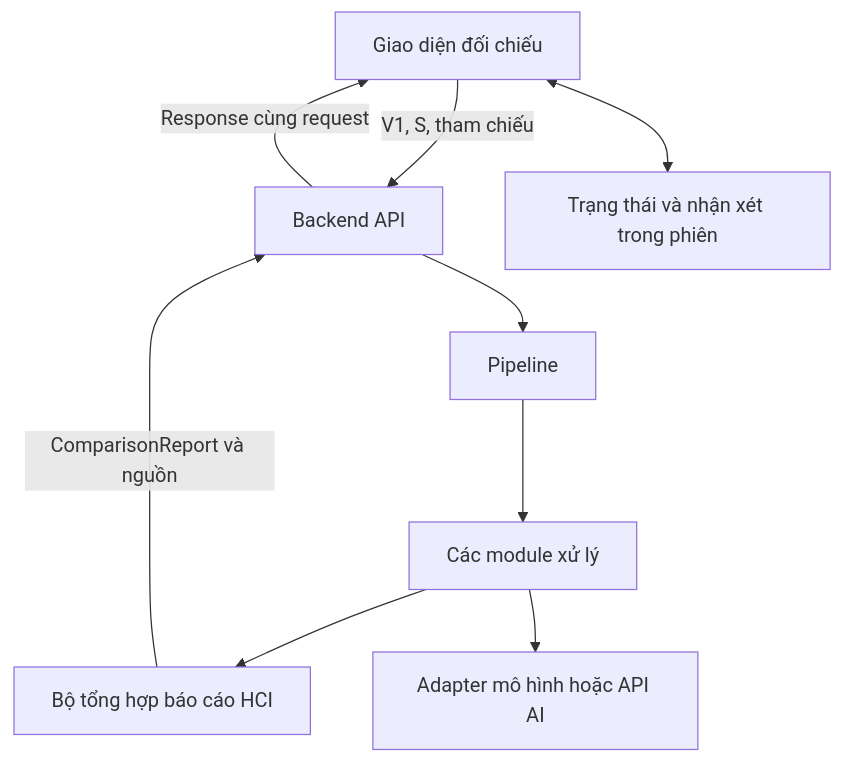
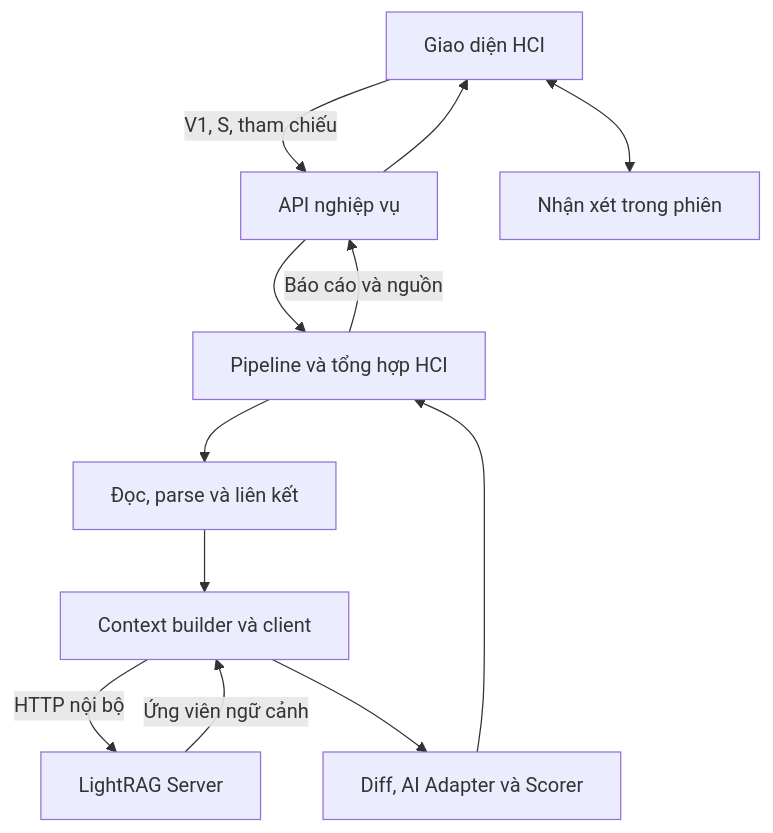
The diagram in docs/architecture.md (BACHCONGDUNG/legal-document-review-hitl), drawn with Mermaid before and after one commit. The commit also changed other lines of this file and 8 other files, not shown here.

````diff
--- a/docs/architecture.md
+++ b/docs/architecture.md
@@ -29,11 +31,14 @@
 ```mermaid
 flowchart TD
-    UI["Giao diện đối chiếu"] -->|"V1, S, tham chiếu"| API["Backend API"]
-    API --> PIPE["Pipeline"]
-    PIPE --> CORE["Các module xử lý"]
-    CORE --> REPORT["Bộ tổng hợp báo cáo HCI"]
-    REPORT -->|"ComparisonReport và nguồn"| API
-    API -->|"Response cùng request"| UI
-    UI <--> SESSION["Trạng thái và nhận xét trong phiên"]
-    CORE --> AI["Adapter mô hình hoặc API AI"]
+    UI["Giao diện HCI"] -->|"V1, S, tham chiếu"| API["API nghiệp vụ"]
+    API --> P["Pipeline và tổng hợp HCI"]
+    P --> DOC["Đọc, parse và liên kết"]
+    DOC --> CTX["Context builder và client"]
+    CTX -->|"HTTP nội bộ"| RAG["LightRAG Server"]
+    RAG -->|"Ứng viên ngữ cảnh"| CTX
+    CTX --> AI["Diff, AI Adapter và Scorer"]
+    AI --> P
+    P -->|"Báo cáo và nguồn"| API
+    API --> UI
+    UI <--> SESSION["Nhận xét trong phiên"]
 ```
````
